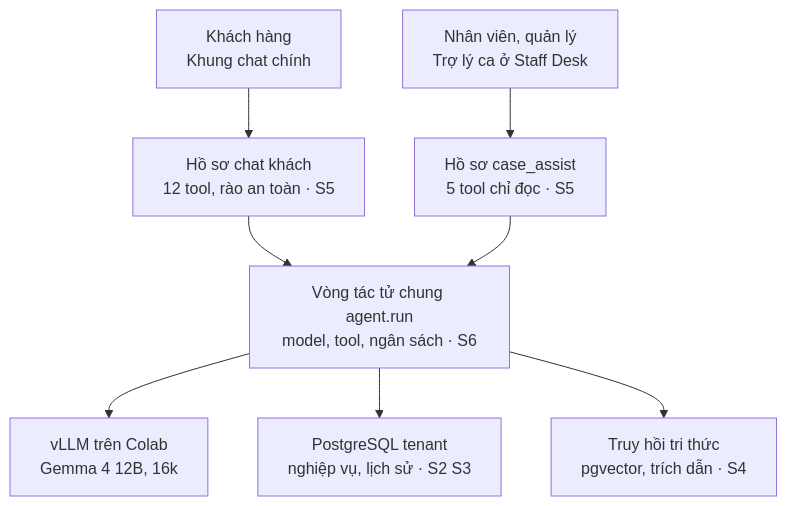
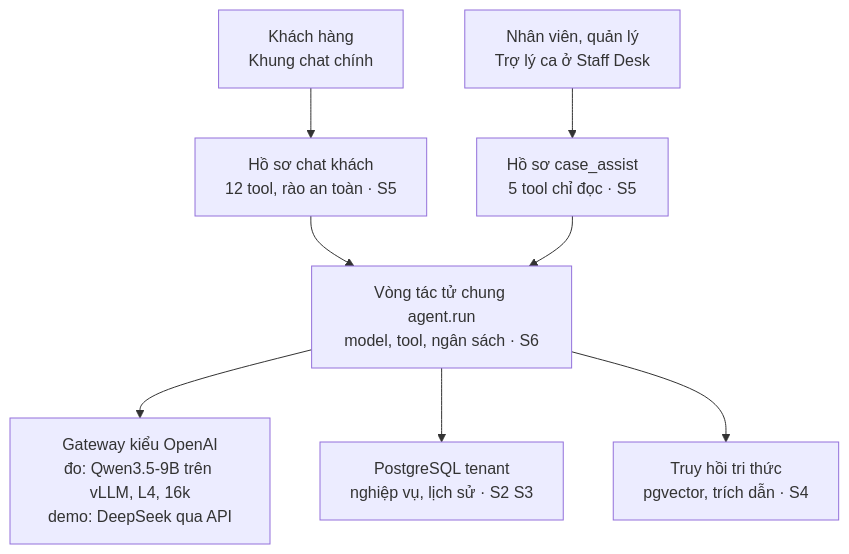
One commit to tuteemovaixlong/CSKH_ban_le changed the first of 6 diagrams in khoa_luan/04_so_do_du_lieu_rag_ngu_canh.md. Above: the diagram before and after it, drawn with Mermaid. The commit also changed other lines of this file and 31 other files, not shown here.

````diff
--- a/khoa_luan/04_so_do_du_lieu_rag_ngu_canh.md
+++ b/khoa_luan/04_so_do_du_lieu_rag_ngu_canh.md
@@ -13,10 +13,10 @@
 ```mermaid
 flowchart TB
   KH["Khách hàng<br/>Khung chat chính"] --> HK["Hồ sơ chat khách<br/>12 tool, rào an toàn · S5"]
   NV["Nhân viên, quản lý<br/>Trợ lý ca ở Staff Desk"] --> HC["Hồ sơ case_assist<br/>5 tool chỉ đọc · S5"]
   HK --> LOOP["Vòng tác tử chung agent.run<br/>model, tool, ngân sách · S6"]
   HC --> LOOP
-  LOOP --> LLM["vLLM trên Colab<br/>Gemma 4 12B, 16k"]
+  LOOP --> LLM["Gateway kiểu OpenAI<br/>đo: Qwen3.5-9B trên vLLM, L4, 16k<br/>demo: DeepSeek qua API"]
   LOOP --> PG["PostgreSQL tenant<br/>nghiệp vụ, lịch sử · S2 S3"]
   LOOP --> RAG["Truy hồi tri thức<br/>pgvector, trích dẫn · S4"]
 ```
````
